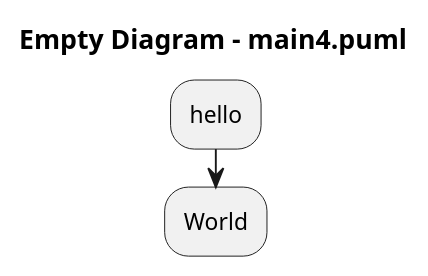
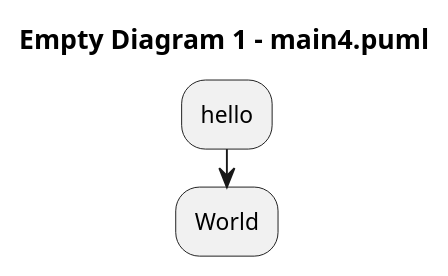
One commit to arwenvaughan/test1 changed the diagram in main4.puml. Above: the diagram before and after it, drawn with PlantUML.

Commit message:
PlantText Commit: Test it out.

```diff
--- a/main4.puml
+++ b/main4.puml
@@ -1,7 +1,7 @@
 @startuml
 
-title Empty Diagram - main4.puml
+title Empty Diagram 1 - main4.puml
 :hello;
 :World;
 
 @enduml
```
